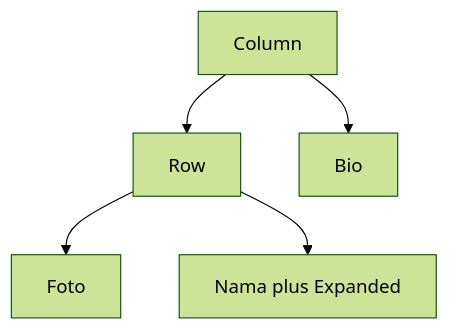
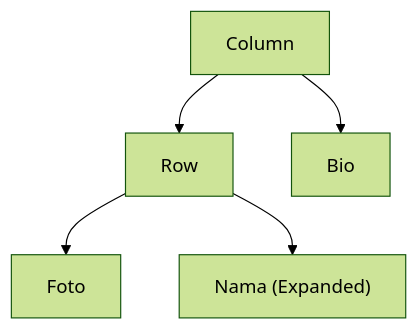
One commit to antonprafanto/mobile2026 changed the fourth of 5 diagrams in modul-02-ui/README.md. Above: the diagram before and after it, drawn with Mermaid (forest theme). The commit also changed other lines of this file and 2 other files, not shown here.

Commit message:
Show the Stack analogy as overlapping layers so it no longer looks like a Row on GitHub.

````diff
--- a/modul-02-ui/README.md
+++ b/modul-02-ui/README.md
@@ -202,7 +202,7 @@
 ```mermaid
 flowchart TB
   Column --> Row
   Column --> Bio
   Row --> Foto
-  Row --> Nama["Nama plus Expanded"]
+  Row --> Nama["Nama (Expanded)"]
 ```
````
